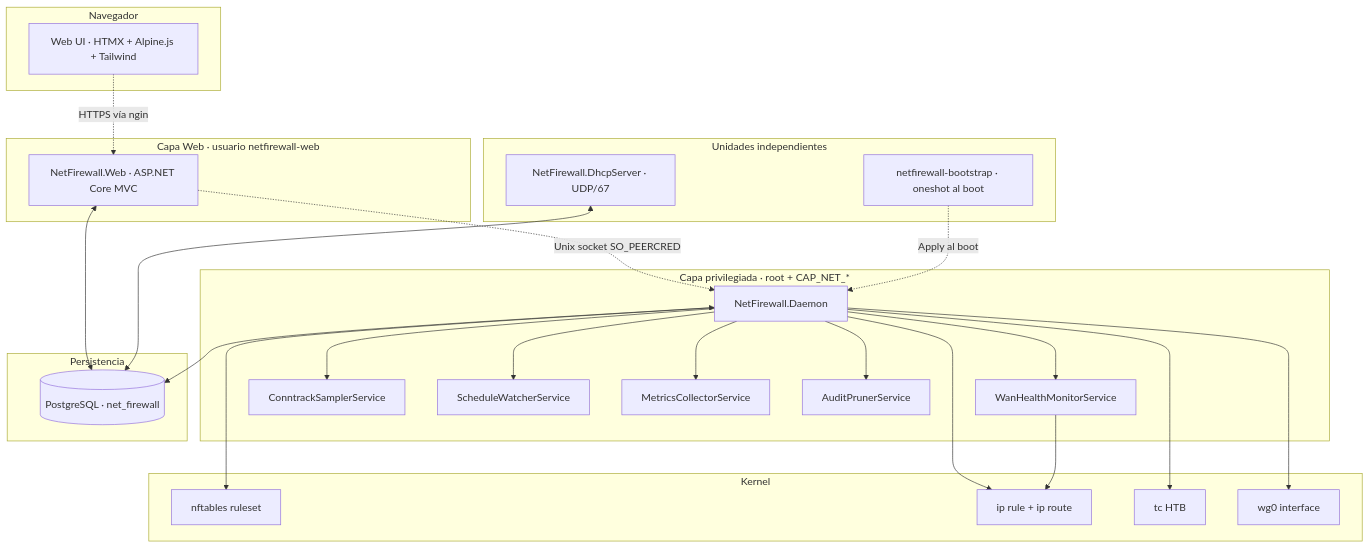
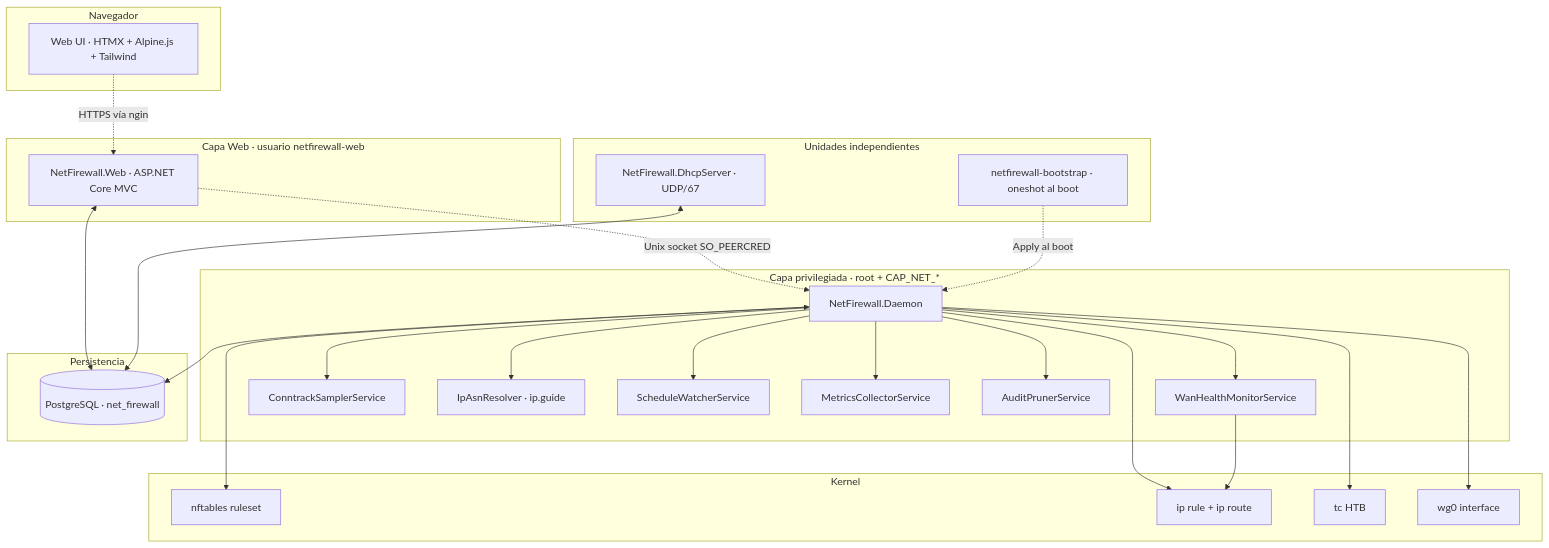
One commit to mchinchilla/NetFirewall changed the first of 3 diagrams in README.es.md. Above: the diagram before and after it, drawn with Mermaid. The commit also changed other lines of this file and 2 other files, not shown here.

````diff
--- a/README.es.md
+++ b/README.es.md
@@ -42,47 +50,48 @@
 ```mermaid
 graph TB
     subgraph Navegador
         UI[Web UI · HTMX + Alpine.js + Tailwind]
     end
 
     subgraph "Capa Web · usuario netfirewall-web"
         WEB[NetFirewall.Web · ASP.NET Core MVC]
     end
 
     subgraph "Capa privilegiada · root + CAP_NET_*"
         D[NetFirewall.Daemon]
         D --> HM[WanHealthMonitorService]
         D --> CS[ConntrackSamplerService]
+        D --> AR[IpAsnResolver · ip.guide]
         D --> SW[ScheduleWatcherService]
         D --> MC[MetricsCollectorService]
         D --> AP[AuditPrunerService]
     end
 
     subgraph "Unidades independientes"
         DHCP[NetFirewall.DhcpServer · UDP/67]
         BS[netfirewall-bootstrap · oneshot al boot]
     end
 
     subgraph "Persistencia"
         PG[(PostgreSQL · net_firewall)]
     end
 
     subgraph Kernel
         NFT[nftables ruleset]
         IPR[ip rule + ip route]
         TC[tc HTB]
         WG[wg0 interface]
     end
 
     UI -.HTTPS vía nginx.-> WEB
     WEB -.Unix socket SO_PEERCRED.-> D
     BS -.Apply al boot.-> D
     WEB <--> PG
     D <--> PG
     DHCP <--> PG
     D --> NFT
     D --> IPR
     D --> TC
     D --> WG
     HM --> IPR
 ```
````
